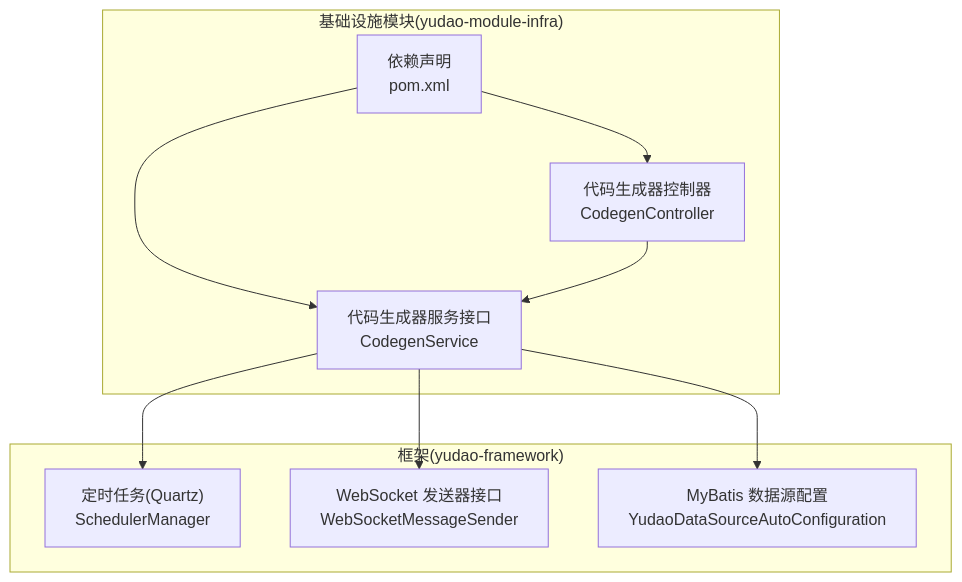
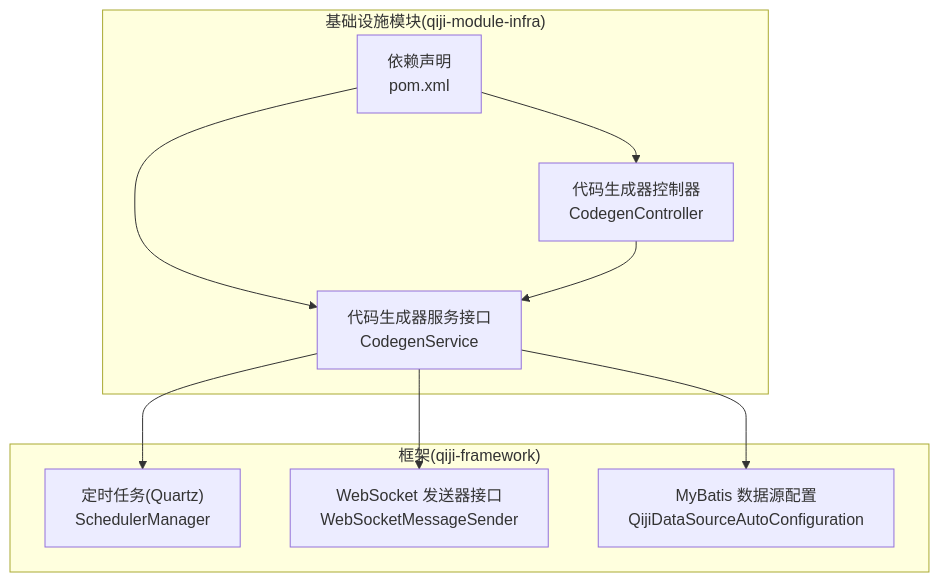
The first of 8 diagrams in backend/.qoder/repowiki/zh/content/核心业务模块/基础设施模块/基础设施模块.md (zhuangpengLI/AgenticCPS), drawn with Mermaid before and after one commit. The commit also changed other lines of this file and 3489 other files, not shown here.

````diff
--- a/backend/.qoder/repowiki/zh/content/核心业务模块/基础设施模块/基础设施模块.md
+++ b/backend/.qoder/repowiki/zh/content/核心业务模块/基础设施模块/基础设施模块.md
@@ -41,19 +41,19 @@
 ```mermaid
 graph TB
-subgraph "基础设施模块(yudao-module-infra)"
+subgraph "基础设施模块(qiji-module-infra)"
 A["依赖声明<br/>pom.xml"]
 B["代码生成器控制器<br/>CodegenController"]
 C["代码生成器服务接口<br/>CodegenService"]
 end
-subgraph "框架(yudao-framework)"
+subgraph "框架(qiji-framework)"
 D["定时任务(Quartz)<br/>SchedulerManager"]
 E["WebSocket 发送器接口<br/>WebSocketMessageSender"]
-F["MyBatis 数据源配置<br/>YudaoDataSourceAutoConfiguration"]
+F["MyBatis 数据源配置<br/>QijiDataSourceAutoConfiguration"]
 end
 A --> B
 A --> C
 B --> C
 C --> D
 C --> E
 C --> F
 ```
````
